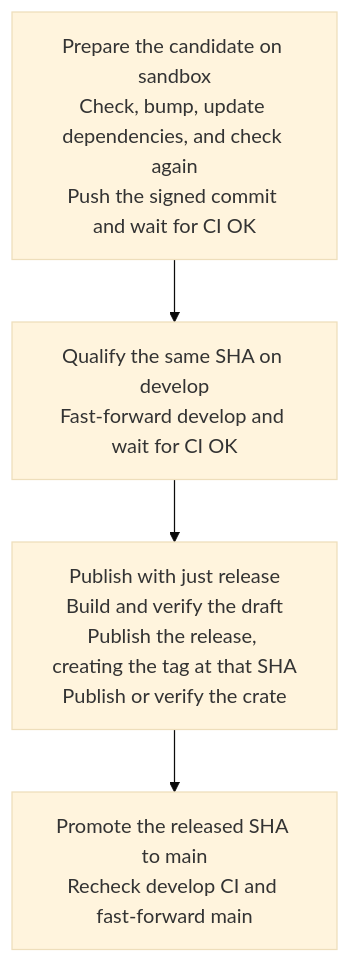
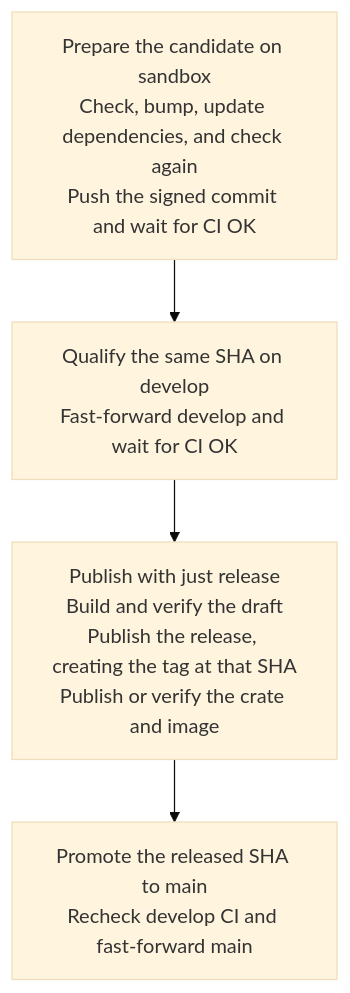
One commit to nbari/cron-when changed the first of 3 diagrams in RELEASING.md. Above: the diagram before and after it, drawn with Mermaid (base theme). The commit also changed other lines of this file and 15 other files, not shown here.

Commit message:
Add multi-architecture container images

````diff
--- a/RELEASING.md
+++ b/RELEASING.md
@@ -57,8 +57,8 @@
 ```mermaid
 flowchart TD
     S["Prepare the candidate on sandbox<br/>Check, bump, update dependencies, and check again<br/>Push the signed commit and wait for CI OK"]
     D["Qualify the same SHA on develop<br/>Fast-forward develop and wait for CI OK"]
-    R["Publish with just release<br/>Build and verify the draft<br/>Publish the release, creating the tag at that SHA<br/>Publish or verify the crate"]
+    R["Publish with just release<br/>Build and verify the draft<br/>Publish the release, creating the tag at that SHA<br/>Publish or verify the crate and image"]
     M["Promote the released SHA to main<br/>Recheck develop CI and fast-forward main"]
     S --> D --> R --> M
 ```
````
